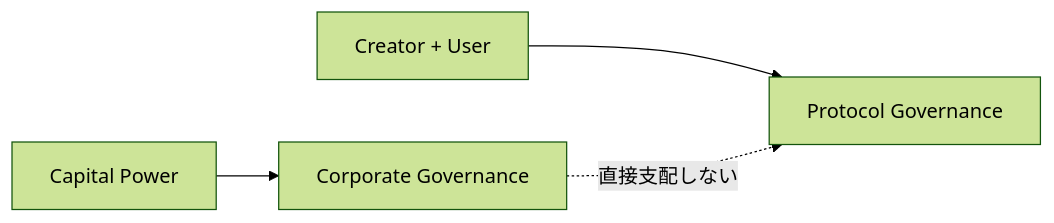
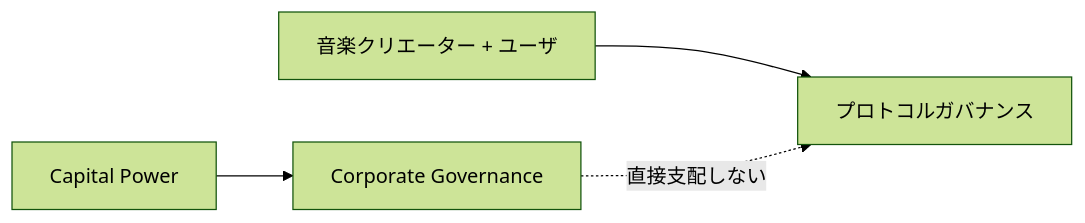
One commit to ShigeichiroYamasaki/creator-first-platform changed diagram 19 of 45 in docs/whitepaper/11-legal-sto-tax.md. Above: the diagram before and after it, drawn with Mermaid (forest theme). The commit also changed other lines of this file and 67 other files, not shown here.

````diff
--- a/docs/whitepaper/11-legal-sto-tax.md
+++ b/docs/whitepaper/11-legal-sto-tax.md
@@ -565,13 +565,13 @@
 ```mermaid
 flowchart LR
     CAPITAL[Capital Power]
     CORPORATE[Corporate Governance]
 
-    COMMUNITY[Creator + User]
-    PROTOCOL[Protocol Governance]
+    COMMUNITY[音楽クリエーター + ユーザ]
+    PROTOCOL[プロトコルガバナンス]
 
     CAPITAL --> CORPORATE
     COMMUNITY --> PROTOCOL
 
     CORPORATE -.->|直接支配しない| PROTOCOL
 ```
````
